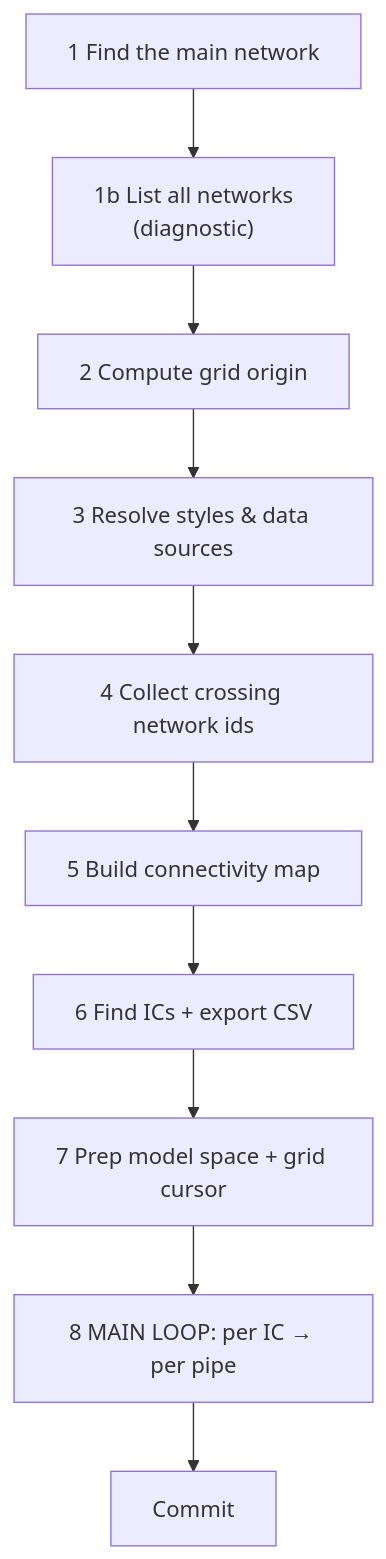
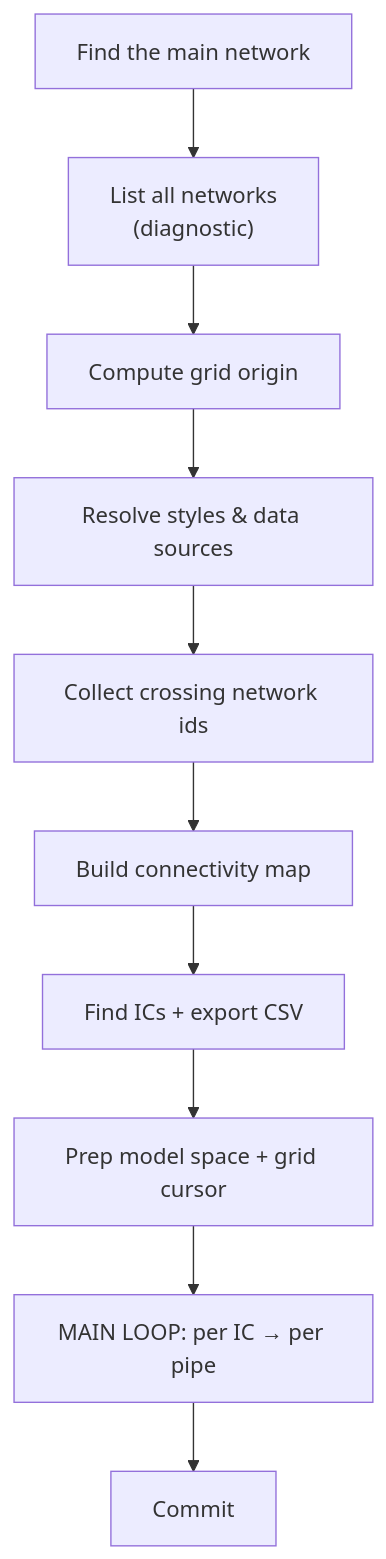
The first of 2 diagrams in docs/walkthrough/g-main-loop.md (PrathamGitHub/dynamo-python-node-docs-v1), drawn with Mermaid before and after one commit. The commit also changed 2 other files, not shown here.

Commit message:
Enhance documentation with additional context manager example and flowchart updates
- Added an example using a context manager for document locking and transaction management in the cookbook.
- Updated flowcharts in the cookbook and gotchas sections to use TD layout for better readability.
- Improved clarity in the main loop flowchart by removing numbered steps for a cleaner presentation.

````diff
--- a/docs/walkthrough/g-main-loop.md
+++ b/docs/walkthrough/g-main-loop.md
@@ -42,12 +42,12 @@
 ```mermaid
 flowchart TD
-    S1["1 Find the main network"] --> S1b["1b List all networks<br/>(diagnostic)"]
-    S1b --> S2["2 Compute grid origin"]
-    S2 --> S3["3 Resolve styles & data sources"]
-    S3 --> S4["4 Collect crossing network ids"]
-    S4 --> S5["5 Build connectivity map"]
-    S5 --> S6["6 Find ICs + export CSV"]
-    S6 --> S7["7 Prep model space + grid cursor"]
-    S7 --> S8["8 MAIN LOOP: per IC → per pipe"]
+    S1["Find the main network"] --> S1b["List all networks<br/>(diagnostic)"]
+    S1b --> S2["Compute grid origin"]
+    S2 --> S3["Resolve styles & data sources"]
+    S3 --> S4["Collect crossing network ids"]
+    S4 --> S5["Build connectivity map"]
+    S5 --> S6["Find ICs + export CSV"]
+    S6 --> S7["Prep model space + grid cursor"]
+    S7 --> S8["MAIN LOOP: per IC → per pipe"]
     S8 --> C["Commit"]
 ```
````
